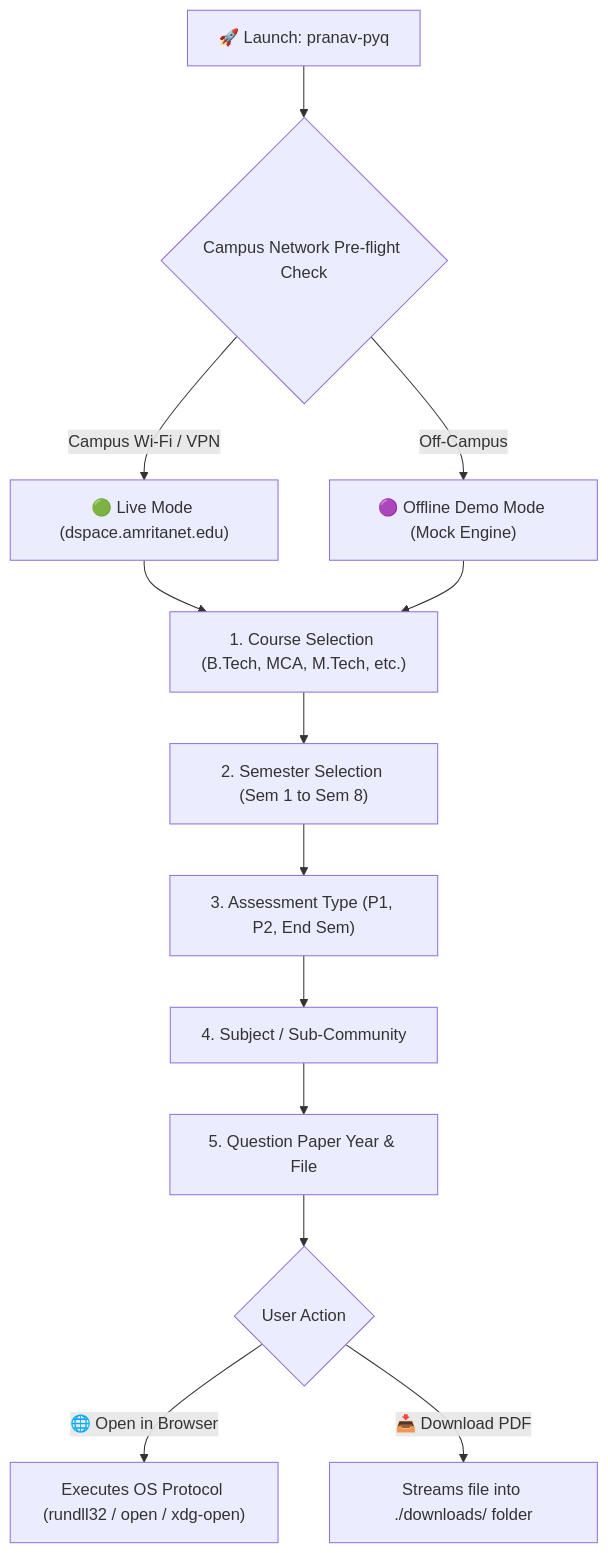
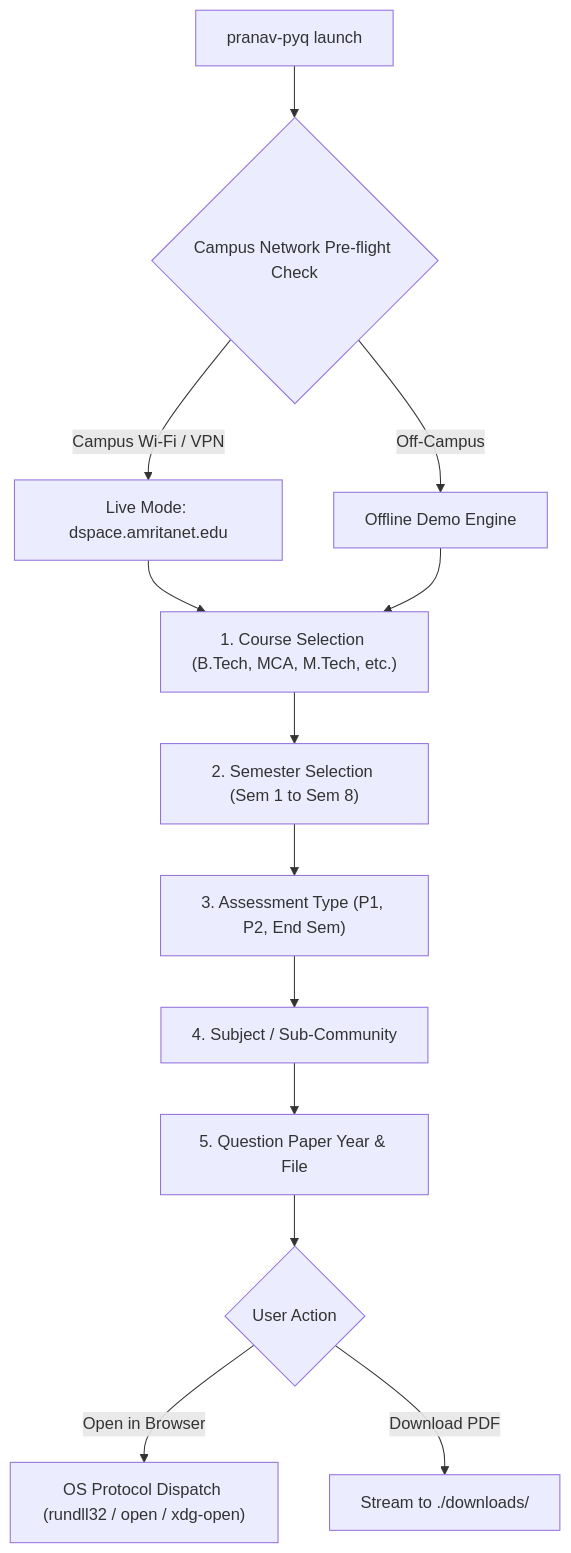
Before and after one commit to pkpranav-projects/PRANAV-PYQ-FETCHER-AMRITA: the diagram in docs/index.md, drawn with Mermaid. The commit also changed other lines of this file and 2 other files, not shown here.

Commit message:
docs: replace emojis with technical symbols, professionalize card styling, and add hydrodynamic background flow

````diff
--- a/docs/index.md
+++ b/docs/index.md
@@ -87,18 +87,18 @@
 ```mermaid
 flowchart TD
-    A["🚀 Launch: pranav-pyq"] --> B{"Campus Network Pre-flight Check"}
-    B -->|"Campus Wi-Fi / VPN"| C["🟢 Live Mode (dspace.amritanet.edu)"]
-    B -->|"Off-Campus"| D["🟣 Offline Demo Mode (Mock Engine)"]
+    A["pranav-pyq launch"] --> B{"Campus Network Pre-flight Check"}
+    B -->|"Campus Wi-Fi / VPN"| C["Live Mode: dspace.amritanet.edu"]
+    B -->|"Off-Campus"| D["Offline Demo Engine"]
     
     C --> M1["1. Course Selection (B.Tech, MCA, M.Tech, etc.)"]
     D --> M1
     
     M1 --> M2["2. Semester Selection (Sem 1 to Sem 8)"]
     M2 --> M3["3. Assessment Type (P1, P2, End Sem)"]
     M3 --> M4["4. Subject / Sub-Community"]
     M4 --> M5["5. Question Paper Year & File"]
     
     M5 --> ACT{"User Action"}
-    ACT -->|"🌐 Open in Browser"| BROWSER["Executes OS Protocol (rundll32 / open / xdg-open)"]
-    ACT -->|"📥 Download PDF"| DISK["Streams file into ./downloads/ folder"]
+    ACT -->|"Open in Browser"| BROWSER["OS Protocol Dispatch (rundll32 / open / xdg-open)"]
+    ACT -->|"Download PDF"| DISK["Stream to ./downloads/"]
 ```
````
